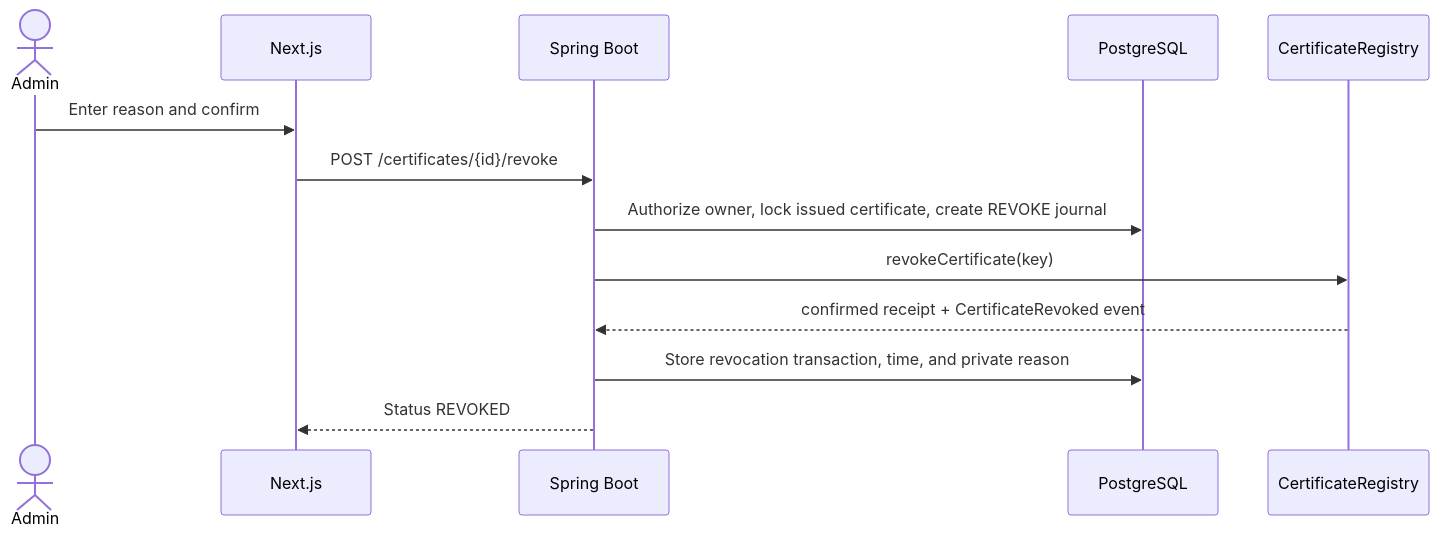
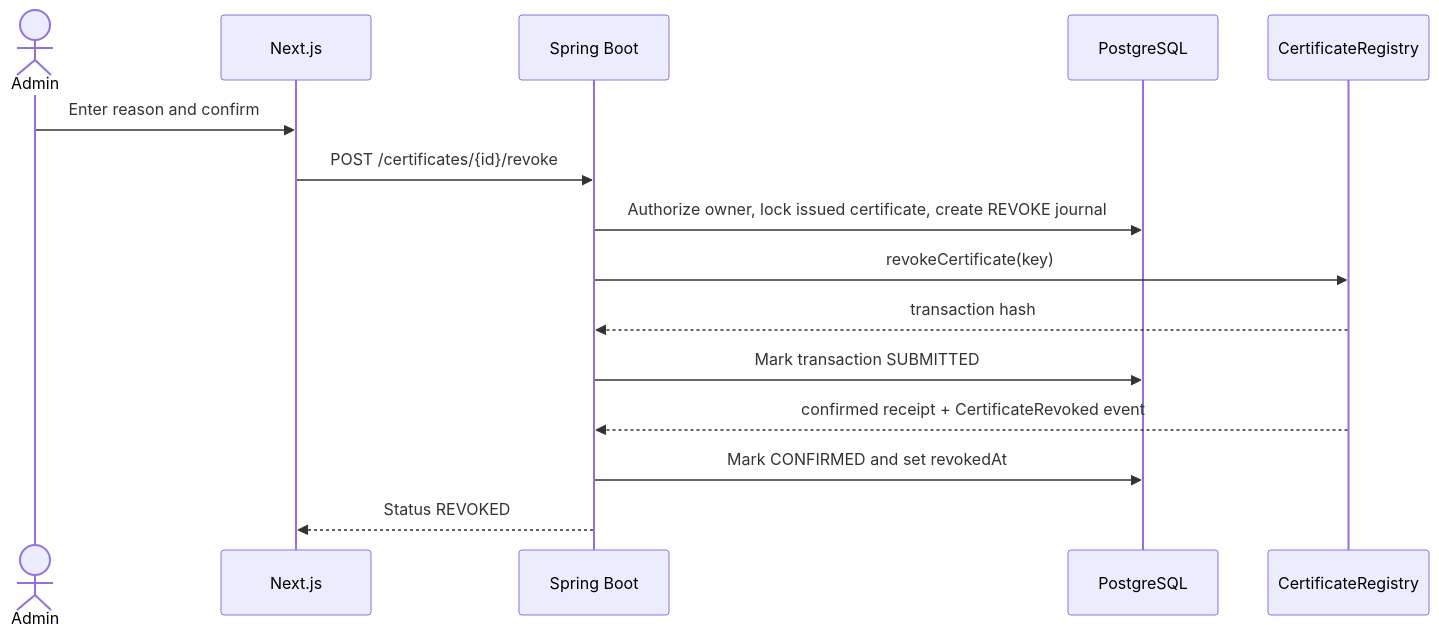
The third of 3 diagrams in docs/flows/certificate-flows.md (Seypa-47/CertChain), drawn with Mermaid before and after one commit. The commit also changed other lines of this file and 29 other files, not shown here.

````diff
--- a/docs/flows/certificate-flows.md
+++ b/docs/flows/certificate-flows.md
@@ -59,16 +59,18 @@
 ```mermaid
 sequenceDiagram
     actor Admin
     participant UI as Next.js
     participant API as Spring Boot
     participant DB as PostgreSQL
     participant Chain as CertificateRegistry
 
     Admin->>UI: Enter reason and confirm
     UI->>API: POST /certificates/{id}/revoke
     API->>DB: Authorize owner, lock issued certificate, create REVOKE journal
     API->>Chain: revokeCertificate(key)
+    Chain-->>API: transaction hash
+    API->>DB: Mark transaction SUBMITTED
     Chain-->>API: confirmed receipt + CertificateRevoked event
-    API->>DB: Store revocation transaction, time, and private reason
+    API->>DB: Mark CONFIRMED and set revokedAt
     API-->>UI: Status REVOKED
 ```
````
